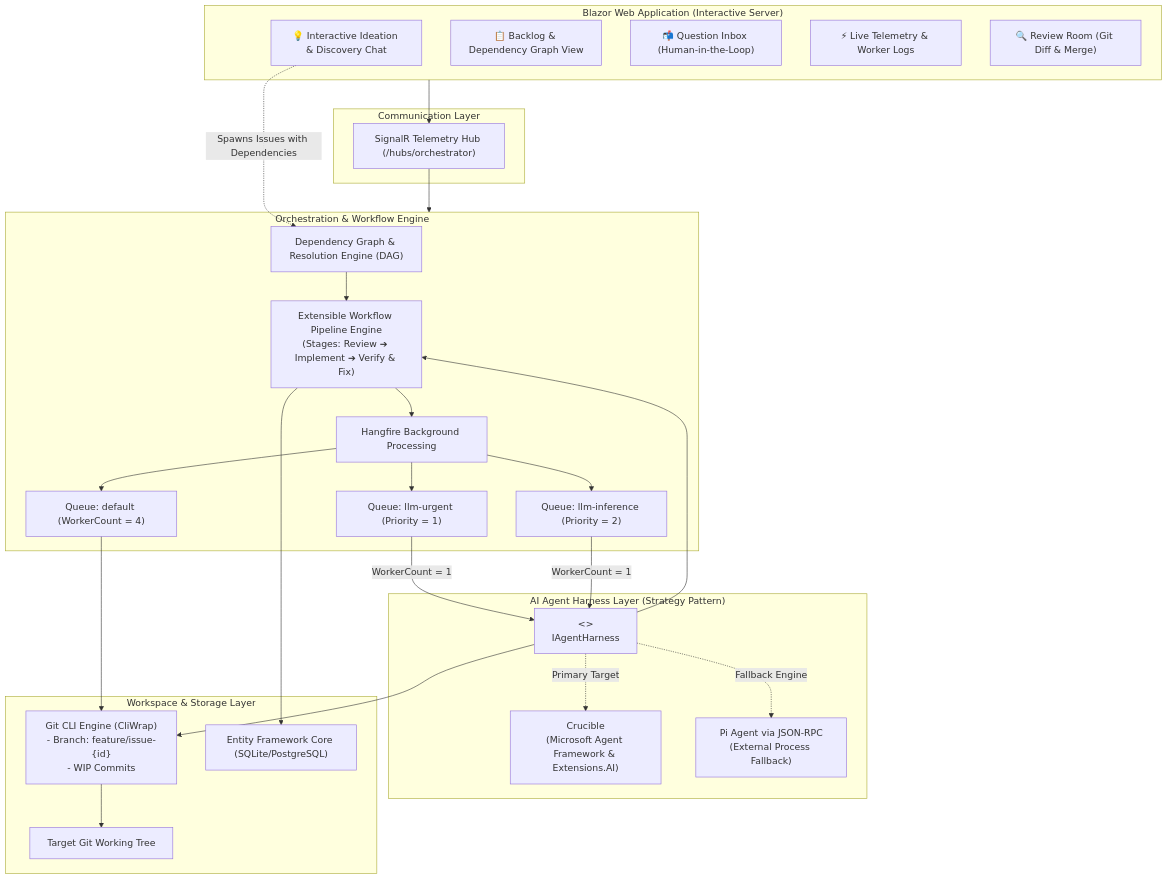
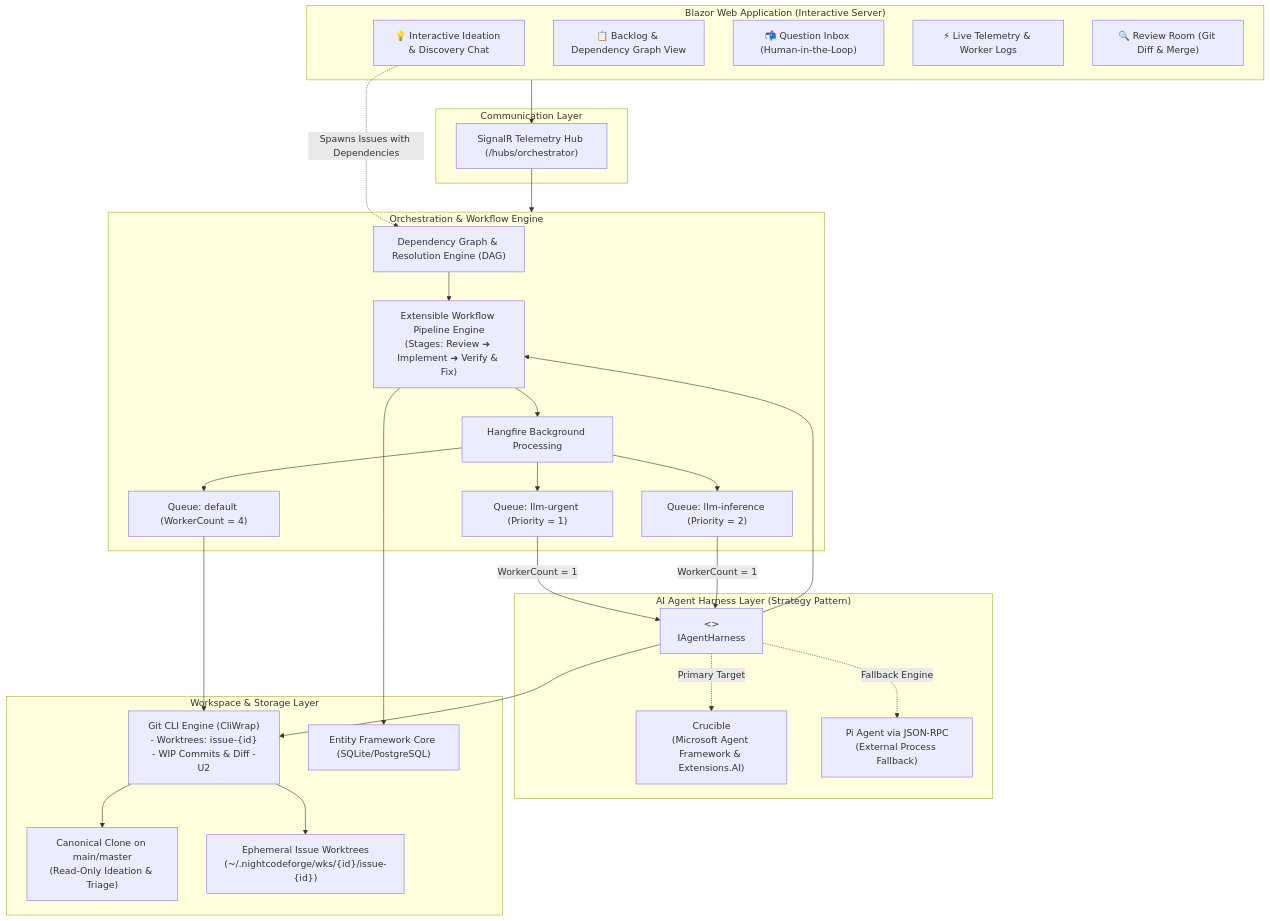
One commit to jetelain/NightCodeForge changed the first of 22 diagrams in docs/ARCHITECTURE.md. Above: the diagram before and after it, drawn with Mermaid. The commit also changed other lines of this file and 59 other files, not shown here.

````diff
--- a/docs/ARCHITECTURE.md
+++ b/docs/ARCHITECTURE.md
@@ -29,56 +29,58 @@
 ```mermaid
 flowchart TB
     subgraph UI ["Blazor Web Application (Interactive Server)"]
         Ideation["💡 Interactive Ideation & Discovery Chat"]
         Backlog["📋 Backlog & Dependency Graph View"]
         Inbox["📬 Question Inbox (Human-in-the-Loop)"]
         Monitor["⚡ Live Telemetry & Worker Logs"]
         Review["🔍 Review Room (Git Diff & Merge)"]
     end
 
     subgraph Hubs ["Communication Layer"]
         SignalR["SignalR Telemetry Hub (/hubs/orchestrator)"]
     end
 
     subgraph Core ["Orchestration & Workflow Engine"]
         DepEngine["Dependency Graph & Resolution Engine (DAG)"]
         PipelineEngine["Extensible Workflow Pipeline Engine\n(Stages: Review ➔ Implement ➔ Verify & Fix)"]
         HangfireEngine["Hangfire Background Processing"]
         QueueUrgent["Queue: llm-urgent (Priority = 1)"]
         QueueStandard["Queue: llm-inference (Priority = 2)"]
         QueueUtility["Queue: default (WorkerCount = 4)"]
     end
 
     subgraph Harness ["AI Agent Harness Layer (Strategy Pattern)"]
         IHarness["<<interface>>\nIAgentHarness"]
         Crucible["Crucible\n(Microsoft Agent Framework & Extensions.AI)"]
         PiRpc["Pi Agent via JSON-RPC\n(External Process Fallback)"]
     end
 
     subgraph Workspaces ["Workspace & Storage Layer"]
-        GitCli["Git CLI Engine (CliWrap)\n- Branch: feature/issue-{id}\n- WIP Commits"]
+        GitCli["Git CLI Engine (CliWrap)\n- Worktrees: issue-{id}\n- WIP Commits & Diff -U2"]
         EFCore["Entity Framework Core (SQLite/PostgreSQL)"]
-        LocalRepo["Target Git Working Tree"]
+        CanonicalClone["Canonical Clone on main/master\n(Read-Only Ideation & Triage)"]
+        Worktrees["Ephemeral Issue Worktrees\n(~/.nightcodeforge/wks/{id}/issue-{id})"]
     end
 
     UI --> SignalR
     SignalR --> Core
     Ideation -.->|Spawns Issues with Dependencies| DepEngine
     DepEngine --> PipelineEngine
     PipelineEngine --> HangfireEngine
     HangfireEngine --> QueueUrgent
     HangfireEngine --> QueueStandard
     HangfireEngine --> QueueUtility
 
     QueueUrgent -->|WorkerCount = 1| IHarness
     QueueStandard -->|WorkerCount = 1| IHarness
     QueueUtility --> GitCli
 
     IHarness -.->|Primary Target| Crucible
     IHarness -.->|Fallback Engine| PiRpc
 
     IHarness --> PipelineEngine
     IHarness --> GitCli
-    GitCli --> LocalRepo
+    GitCli --> CanonicalClone
+    GitCli --> Worktrees
     PipelineEngine --> EFCore
 ```
````
